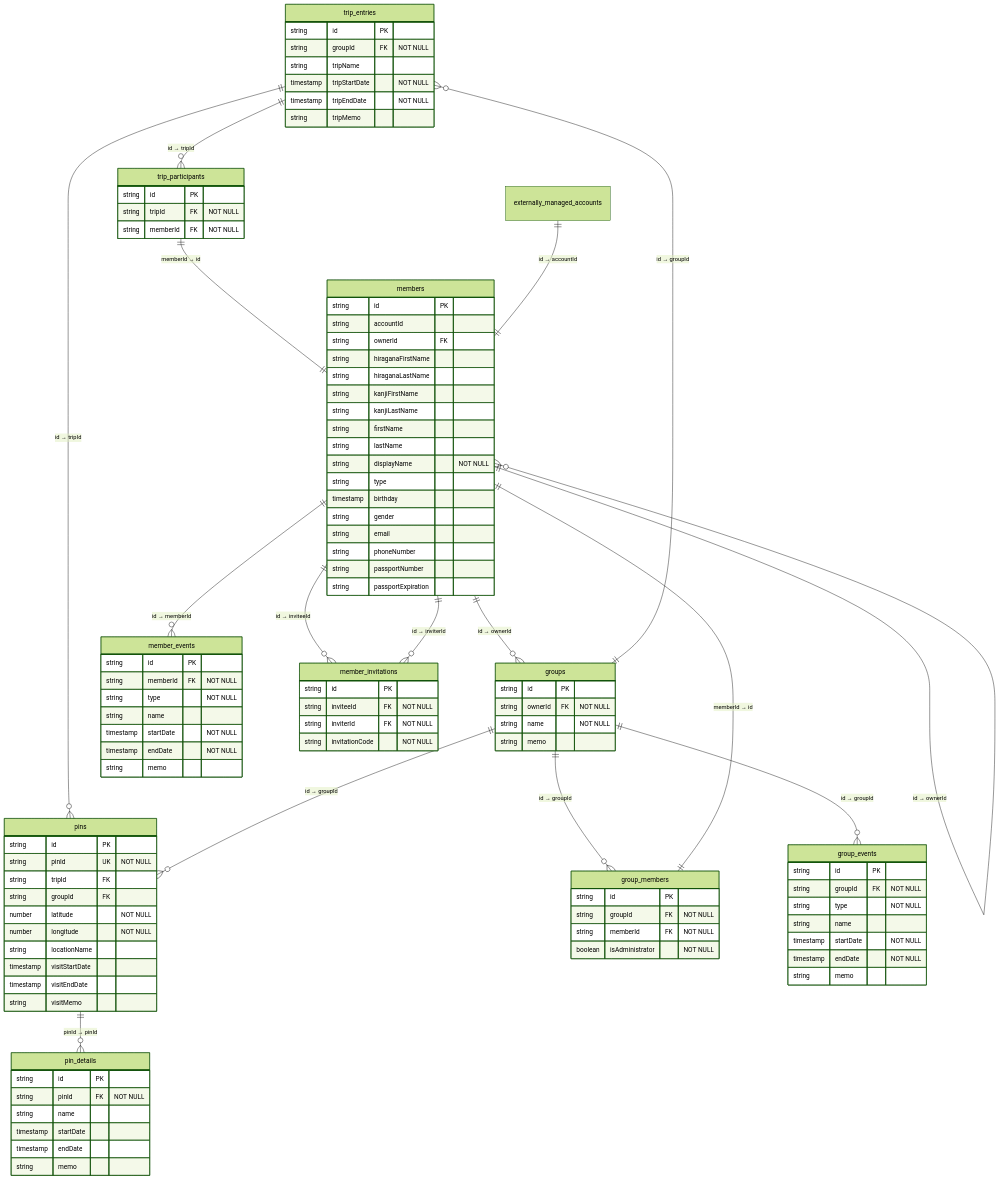
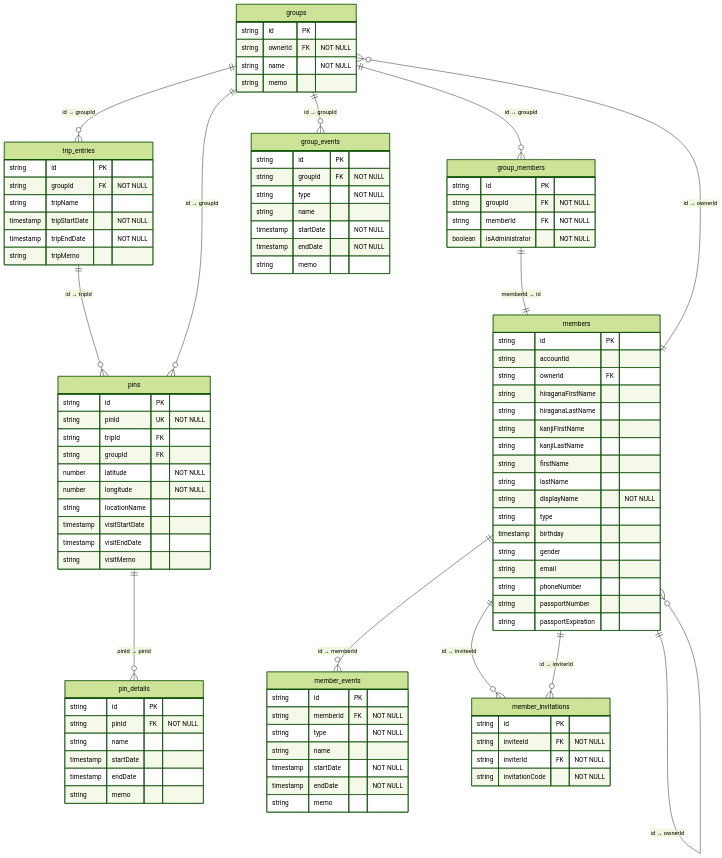
Before and after one commit to taka-016/memora: the diagram in docs/er_diagram.md, drawn with Mermaid (forest theme). The commit also changed 19 other files, not shown here.

````diff
--- a/docs/er_diagram.md
+++ b/docs/er_diagram.md
@@ -9,11 +9,6 @@
         timestamp tripStartDate "NOT NULL"
         timestamp tripEndDate "NOT NULL"
         string tripMemo
-    }
-    trip_participants {
-        string id PK
-        string tripId FK "NOT NULL"
-        string memberId FK "NOT NULL"
     }
     pins {
         string id PK
@@ -91,19 +86,16 @@
         string invitationCode "NOT NULL"
     }
 
-    trip_entries ||--o{ trip_participants : "id → tripId"
-    trip_participants ||--|| members : "memberId → id"
-    members ||--o{ member_events : "id → memberId"
     trip_entries ||--o{ pins : "id → tripId"
+    pins ||--o{ pin_details : "pinId → pinId"
     groups ||--o{ group_members : "id → groupId"
-    group_members ||--|| members : "memberId → id"
     groups ||--o{ group_events : "id → groupId"
     groups ||--o{ trip_entries : "id → groupId"
     groups ||--o{ pins : "id → groupId"
-    externally_managed_accounts ||--|| members : "id → accountId"
+    group_members ||--|| members : "memberId → id"
+    members ||--o{ member_events : "id → memberId"
     members ||--o{ members : "id → ownerId"
     members ||--o{ groups : "id → ownerId"
     members ||--o{ member_invitations : "id → inviteeId"
     members ||--o{ member_invitations : "id → inviterId"
-    pins ||--o{ pin_details : "pinId → pinId"
 ```
````
